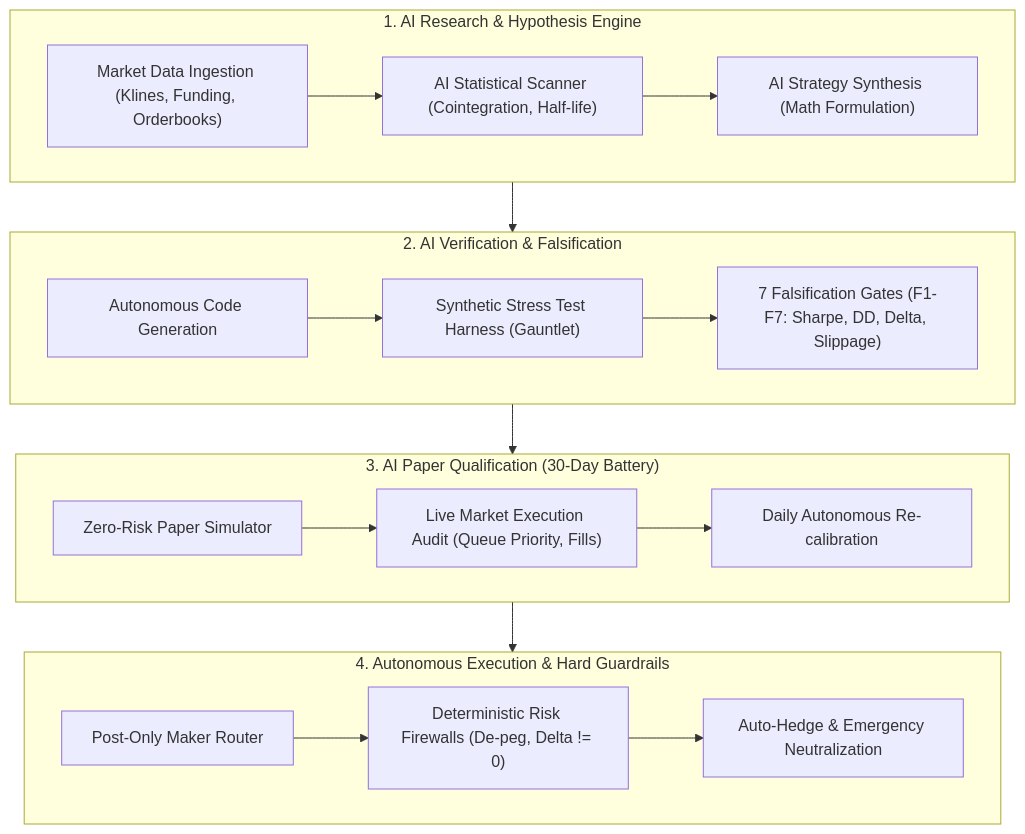
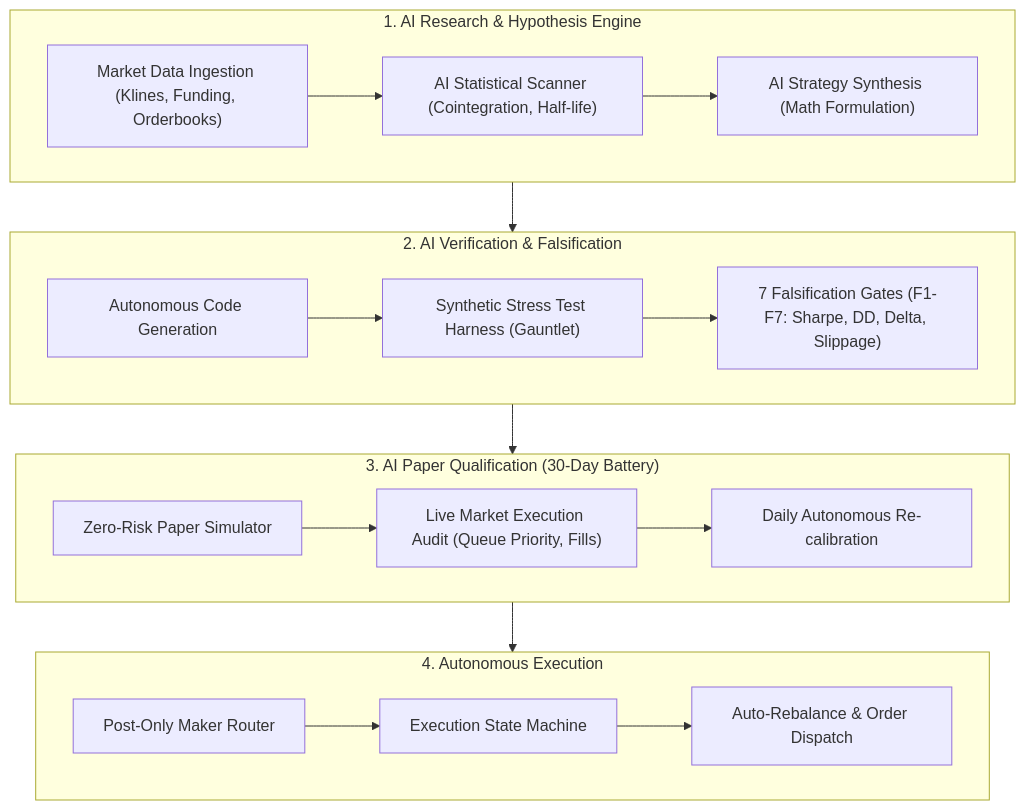
Before and after one commit to VaclavSercl/ai-trader-strategy: the diagram in README.md, drawn with Mermaid. The commit also changed other lines of this file and 13 other files, not shown here.

````diff
--- a/README.md
+++ b/README.md
@@ -83,26 +83,26 @@
 ```mermaid
 flowchart TD
     subgraph L1["1. AI Research & Hypothesis Engine"]
         A1["Market Data Ingestion (Klines, Funding, Orderbooks)"] --> A2["AI Statistical Scanner (Cointegration, Half-life)"]
         A2 --> A3["AI Strategy Synthesis (Math Formulation)"]
     end
 
     subgraph L2["2. AI Verification & Falsification"]
         B1["Autonomous Code Generation"] --> B2["Synthetic Stress Test Harness (Gauntlet)"]
         B2 --> B3["7 Falsification Gates (F1-F7: Sharpe, DD, Delta, Slippage)"]
     end
 
     subgraph L3["3. AI Paper Qualification (30-Day Battery)"]
         C1["Zero-Risk Paper Simulator"] --> C2["Live Market Execution Audit (Queue Priority, Fills)"]
         C2 --> C3["Daily Autonomous Re-calibration"]
     end
 
-    subgraph L4["4. Autonomous Execution & Hard Guardrails"]
-        D1["Post-Only Maker Router"] --> D2["Deterministic Risk Firewalls (De-peg, Delta != 0)"]
-        D2 --> D3["Auto-Hedge & Emergency Neutralization"]
+    subgraph L4["4. Autonomous Execution"]
+        D1["Post-Only Maker Router"] --> D2["Execution State Machine"]
+        D2 --> D3["Auto-Rebalance & Order Dispatch"]
     end
 
     L1 --> L2
     L2 --> L3
     L3 --> L4
 ```
````
